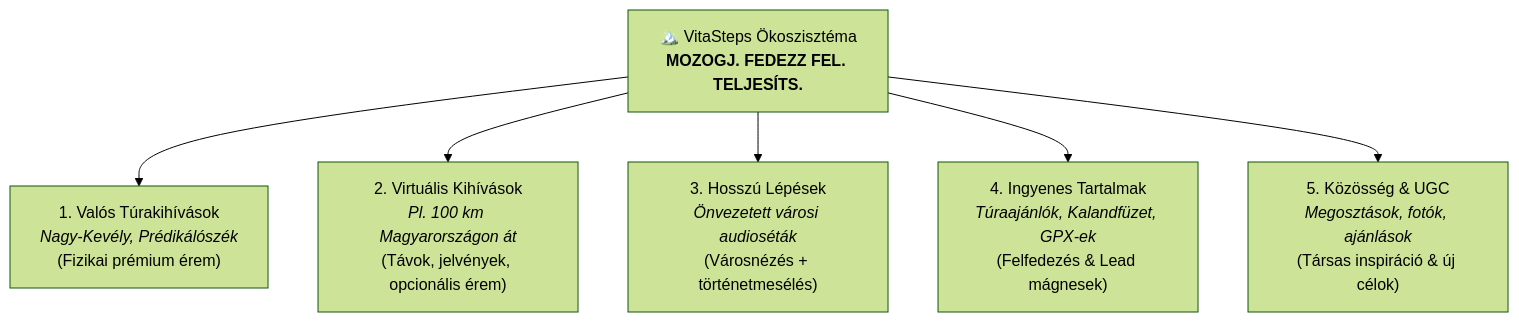
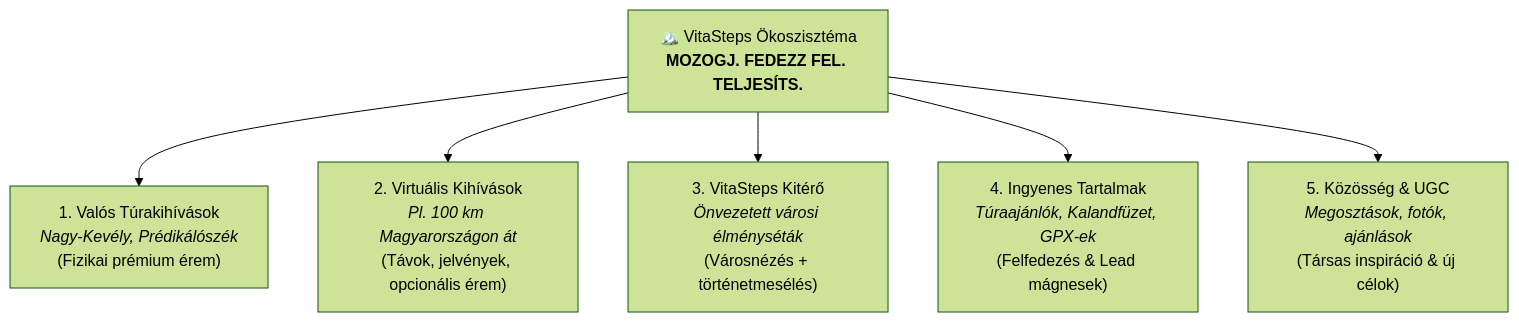
One commit to Admex666/other_projects changed the diagram in VitaSteps/knowledge/concepts/strategic-positioning.md. Above: the diagram before and after it, drawn with Mermaid (forest theme). The commit also changed other lines of this file and 25 other files, not shown here.

Commit message:
feat: add VitaSteps Kitero urban exploration feature and knowledge base

````diff
--- a/VitaSteps/knowledge/concepts/strategic-positioning.md
+++ b/VitaSteps/knowledge/concepts/strategic-positioning.md
@@ -42,10 +43,10 @@
 ```mermaid
 graph TD
     VS["🏔️ VitaSteps Ökoszisztéma<br><b>MOZOGJ. FEDEZZ FEL. TELJESÍTS.</b>"]
     
     VS --> P1["1. Valós Túrakihívások<br><i>Nagy-Kevély, Prédikálószék</i><br>(Fizikai prémium érem)"]
     VS --> P2["2. Virtuális Kihívások<br><i>Pl. 100 km Magyarországon át</i><br>(Távok, jelvények, opcionális érem)"]
-    VS --> P3["3. Hosszú Lépések<br><i>Önvezetett városi audioséták</i><br>(Városnézés + történetmesélés)"]
+    VS --> P3["3. VitaSteps Kitérő<br><i>Önvezetett városi élményséták</i><br>(Városnézés + történetmesélés)"]
     VS --> P4["4. Ingyenes Tartalmak<br><i>Túraajánlók, Kalandfüzet, GPX-ek</i><br>(Felfedezés & Lead mágnesek)"]
     VS --> P5["5. Közösség & UGC<br><i>Megosztások, fotók, ajánlások</i><br>(Társas inspiráció & új célok)"]
 ```
````
